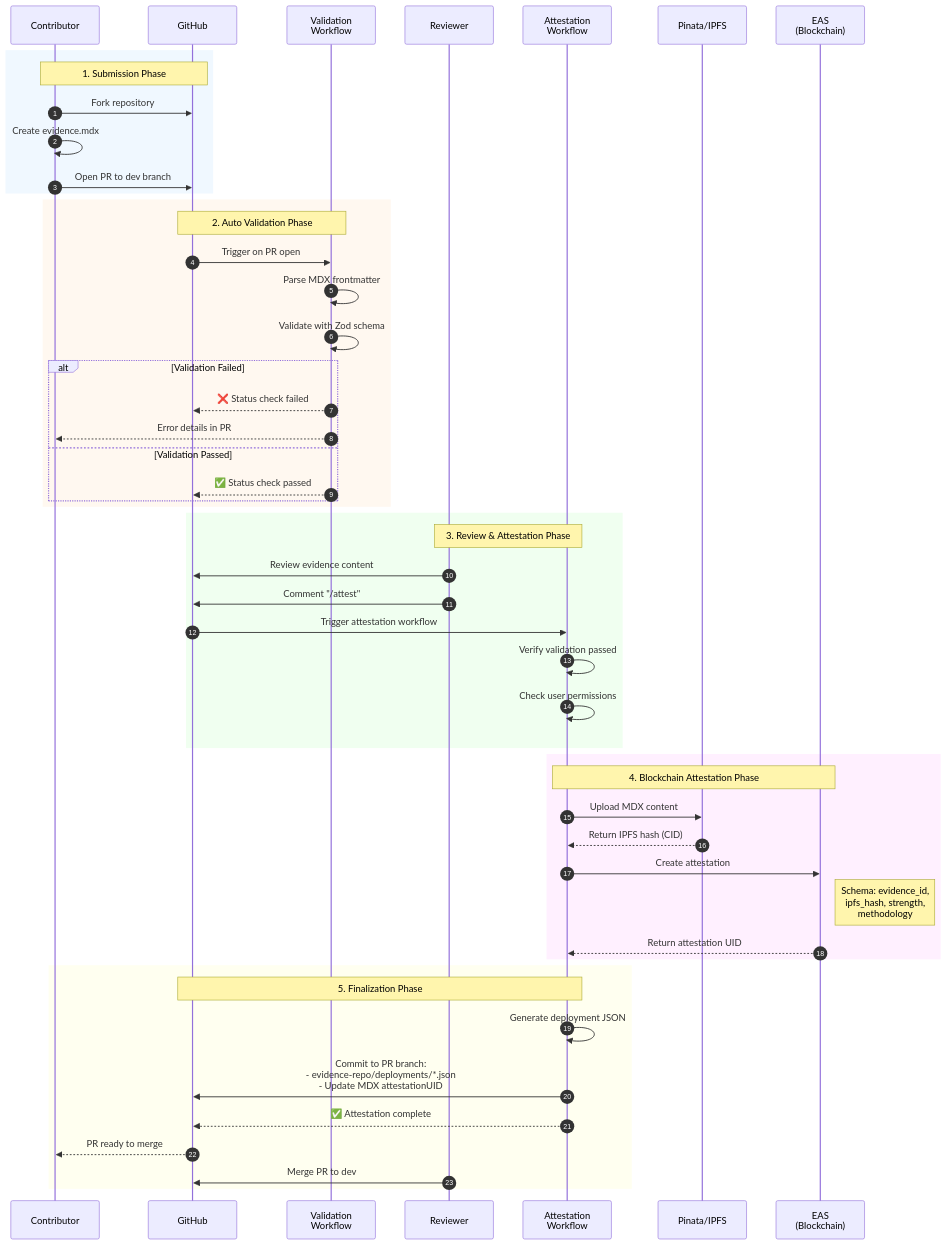
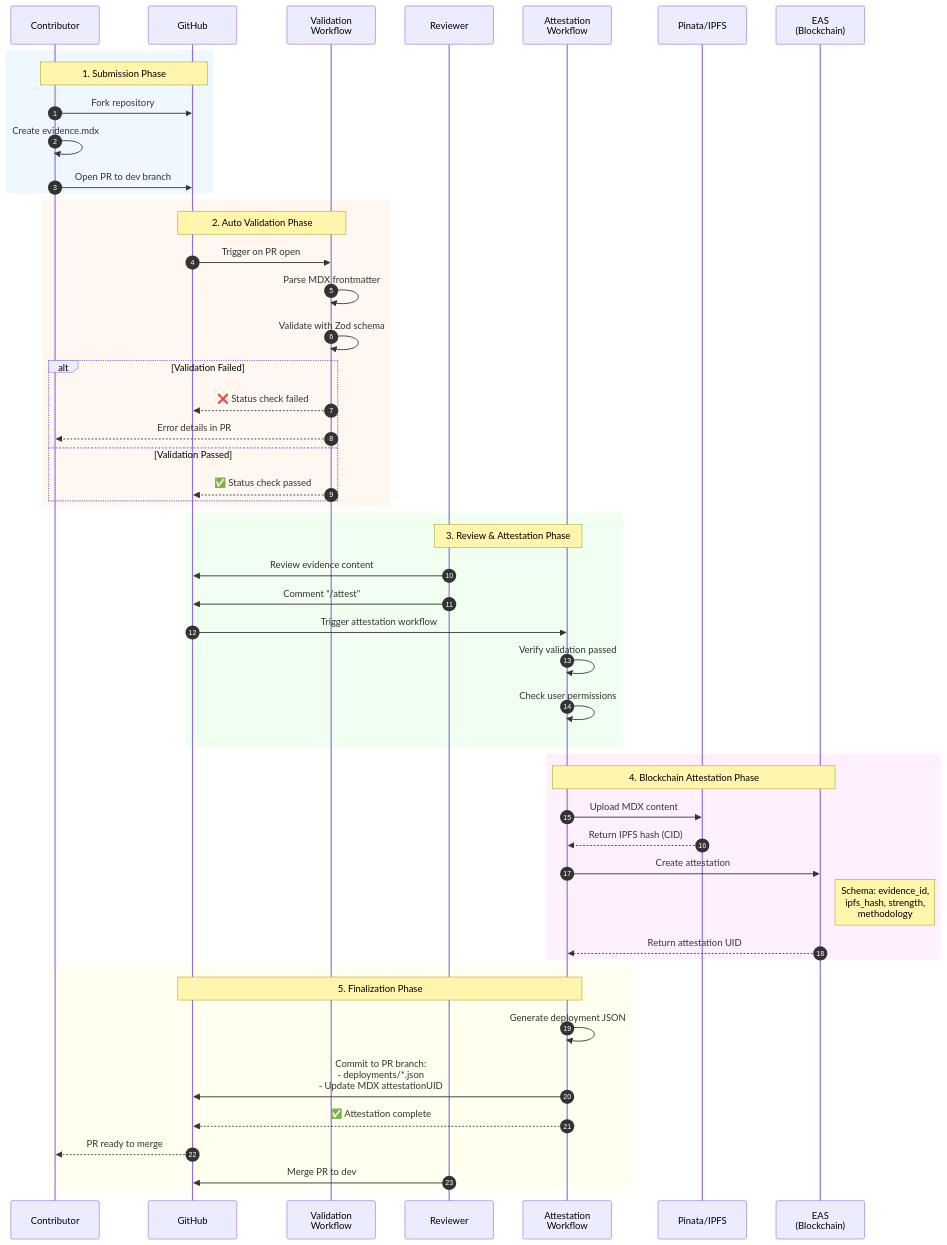
One commit to beaconlabs-io/muse changed the diagram in docs/evidence-workflow.md. Above: the diagram before and after it, drawn with Mermaid. The commit also changed other lines of this file and 8 other files, not shown here.

````diff
--- a/docs/evidence-workflow.md
+++ b/docs/evidence-workflow.md
@@ -62,58 +62,58 @@
 ```mermaid
 sequenceDiagram
     autonumber
     participant C as Contributor
     participant GH as GitHub
     participant VA as Validation<br/>Workflow
     participant R as Reviewer
     participant AT as Attestation<br/>Workflow
     participant IPFS as Pinata/IPFS
     participant EAS as EAS<br/>(Blockchain)
 
     rect rgb(240, 248, 255)
         Note over C,GH: 1. Submission Phase
         C->>GH: Fork repository
         C->>C: Create evidence.mdx
         C->>GH: Open PR to dev branch
     end
 
     rect rgb(255, 248, 240)
         Note over GH,VA: 2. Auto Validation Phase
         GH->>VA: Trigger on PR open
         VA->>VA: Parse MDX frontmatter
         VA->>VA: Validate with Zod schema
         alt Validation Failed
             VA-->>GH: ❌ Status check failed
             VA-->>C: Error details in PR
         else Validation Passed
             VA-->>GH: ✅ Status check passed
         end
     end
 
     rect rgb(240, 255, 240)
         Note over R,AT: 3. Review & Attestation Phase
         R->>GH: Review evidence content
         R->>GH: Comment "/attest"
         GH->>AT: Trigger attestation workflow
         AT->>AT: Verify validation passed
         AT->>AT: Check user permissions
     end
 
     rect rgb(255, 240, 255)
         Note over AT,EAS: 4. Blockchain Attestation Phase
         AT->>IPFS: Upload MDX content
         IPFS-->>AT: Return IPFS hash (CID)
         AT->>EAS: Create attestation
         Note right of EAS: Schema: evidence_id,<br/>ipfs_hash, strength,<br/>methodology
         EAS-->>AT: Return attestation UID
     end
 
     rect rgb(255, 255, 240)
         Note over AT,GH: 5. Finalization Phase
         AT->>AT: Generate deployment JSON
-        AT->>GH: Commit to PR branch:<br/>- evidence-repo/deployments/*.json<br/>- Update MDX attestationUID
+        AT->>GH: Commit to PR branch:<br/>- deployments/*.json<br/>- Update MDX attestationUID
         AT-->>GH: ✅ Attestation complete
         GH-->>C: PR ready to merge
         R->>GH: Merge PR to dev
     end
 ```
````
